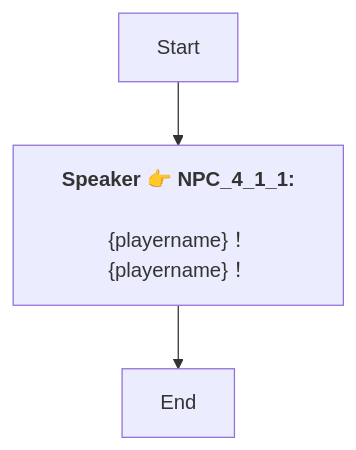
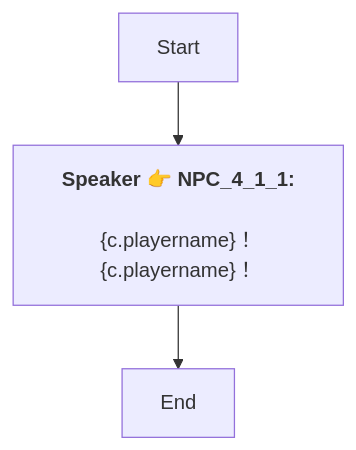
Before and after one commit to SoftHu/tos_avg: the diagram in En/QuestApproachDialogNode_1768887846804455.md, drawn with Mermaid. The commit also changed 410 other files, not shown here.

````diff
--- a/En/QuestApproachDialogNode_1768887846804455.md
+++ b/En/QuestApproachDialogNode_1768887846804455.md
@@ -1,7 +1,7 @@
 ```mermaid
 graph
 Start -->1768887913663466[<b>Speaker 👉 NPC_4_1_1:</b>
-\n&lbrace;playername&rbrace;！&lbrace;playername&rbrace;！]
+\n&lbrace;c.playername&rbrace;！&lbrace;c.playername&rbrace;！]
 1768887913663466 -->1768887926735851[End]
 
 ```
````
